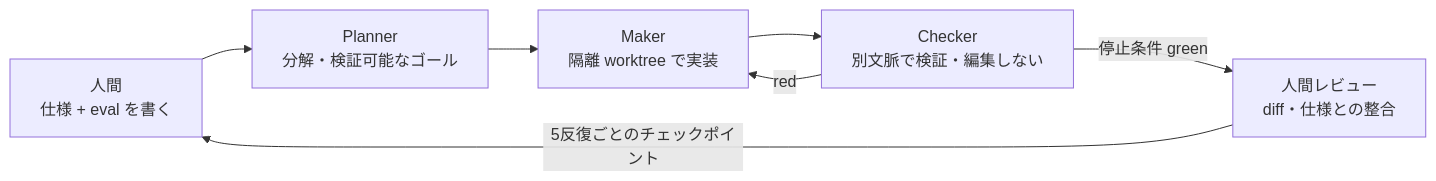
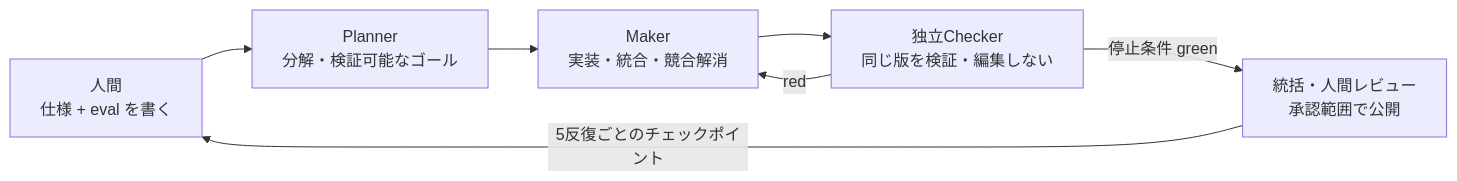
The diagram in docs/00-dna.md (nero-15/nvim-config), drawn with Mermaid before and after one commit. The commit also changed other lines of this file and 32 other files, not shown here.

Commit message:
feat: connect development checks with execution graph and maintained docs

````diff
--- a/docs/00-dna.md
+++ b/docs/00-dna.md
@@ -14,9 +14,9 @@
 ```mermaid
 flowchart LR
   H[人間<br/>仕様 + eval を書く] --> P[Planner<br/>分解・検証可能なゴール]
-  P --> M[Maker<br/>隔離 worktree で実装]
-  M --> C[Checker<br/>別文脈で検証・編集しない]
-  C -- 停止条件 green --> R[人間レビュー<br/>diff・仕様との整合]
+  P --> M[Maker<br/>実装・統合・競合解消]
+  M --> C[独立Checker<br/>同じ版を検証・編集しない]
+  C -- 停止条件 green --> R[統括・人間レビュー<br/>承認範囲で公開]
   C -- red --> M
   R -- 5反復ごとのチェックポイント --> H
 ```
````
